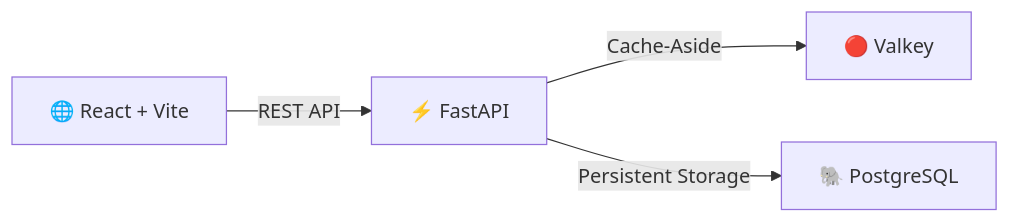
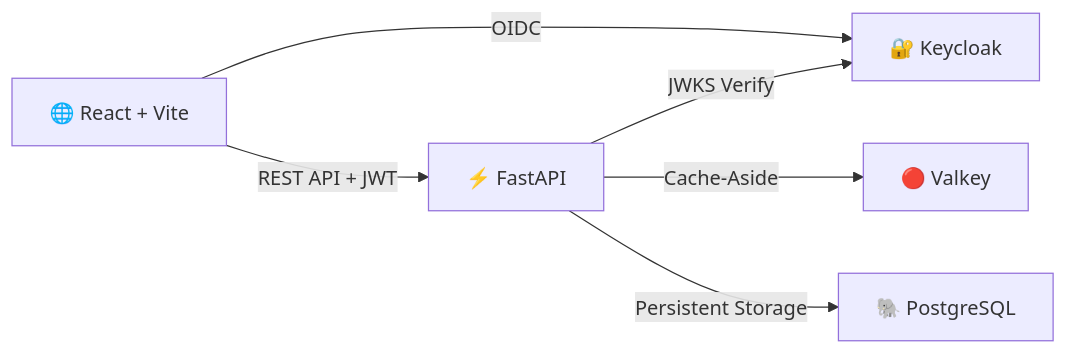
Before and after one commit to arjunraghurama/tiny-url: the diagram in docs/index.md, drawn with Mermaid. The commit also changed other lines of this file and 22 other files, not shown here.

````diff
--- a/docs/index.md
+++ b/docs/index.md
@@ -18,6 +19,8 @@
 ```mermaid
 graph LR
-    A["🌐 React + Vite"] -->|REST API| B["⚡ FastAPI"]
+    A["🌐 React + Vite"] -->|OIDC| KC["🔐 Keycloak"]
+    A -->|REST API + JWT| B["⚡ FastAPI"]
+    B -->|JWKS Verify| KC
     B -->|Cache-Aside| C["🔴 Valkey"]
     B -->|Persistent Storage| D["🐘 PostgreSQL"]
 ```
````
